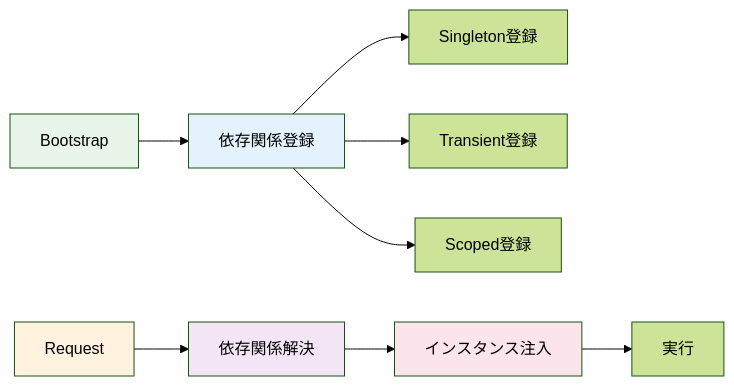
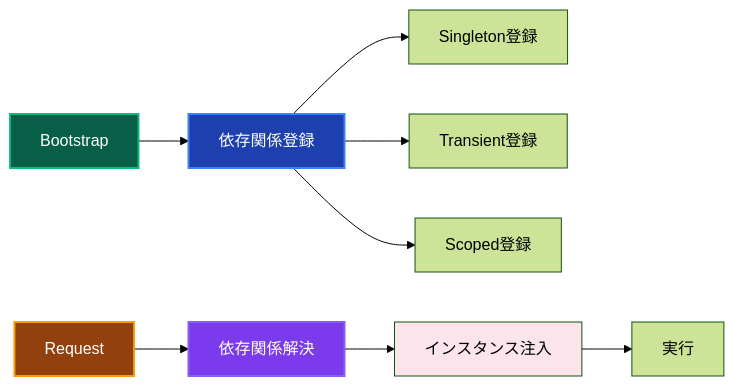
One commit to derushio/d-next-ddd-example changed the second of 2 diagrams in _DOCS/guides/ddd/layers/components/di-container.md. Above: the diagram before and after it, drawn with Mermaid (forest theme). The commit also changed other lines of this file and 31 other files, not shown here.

Commit message:
🎨: DOCSのMermaid図表カラーテーマを暗色に統一し視認性を向上

````diff
--- a/_DOCS/guides/ddd/layers/components/di-container.md
+++ b/_DOCS/guides/ddd/layers/components/di-container.md
@@ -46,17 +46,17 @@
 ```mermaid
 graph LR
     BOOT[Bootstrap] --> REGISTER[依存関係登録]
     REGISTER --> SINGLETON[Singleton登録]
     REGISTER --> TRANSIENT[Transient登録]
     REGISTER --> SCOPED[Scoped登録]
     
     REQUEST[Request] --> RESOLVE[依存関係解決]
     RESOLVE --> INJECT[インスタンス注入]
     INJECT --> EXECUTE[実行]
     
-    style BOOT fill:#e8f5e8
-    style REGISTER fill:#e3f2fd
-    style REQUEST fill:#fff3e0
-    style RESOLVE fill:#f3e5f5
+    style BOOT fill:#065f46,stroke:#10b981,stroke-width:2px,color:#ffffff
+    style REGISTER fill:#1e40af,stroke:#3b82f6,stroke-width:2px,color:#ffffff
+    style REQUEST fill:#92400e,stroke:#f59e0b,stroke-width:2px,color:#ffffff
+    style RESOLVE fill:#7c3aed,stroke:#8b5cf6,stroke-width:2px,color:#ffffff
     style INJECT fill:#fce4ec
 ```
````
